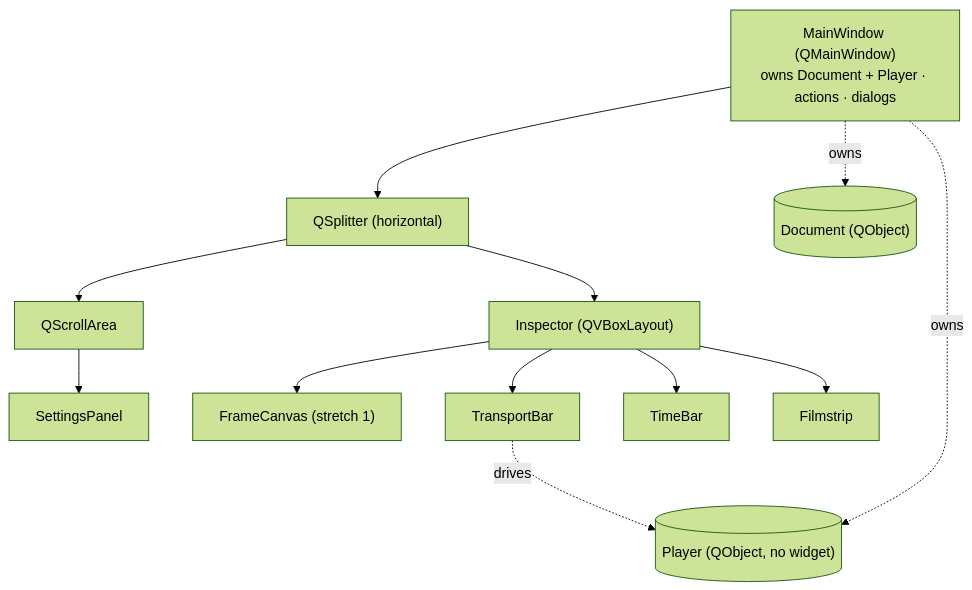
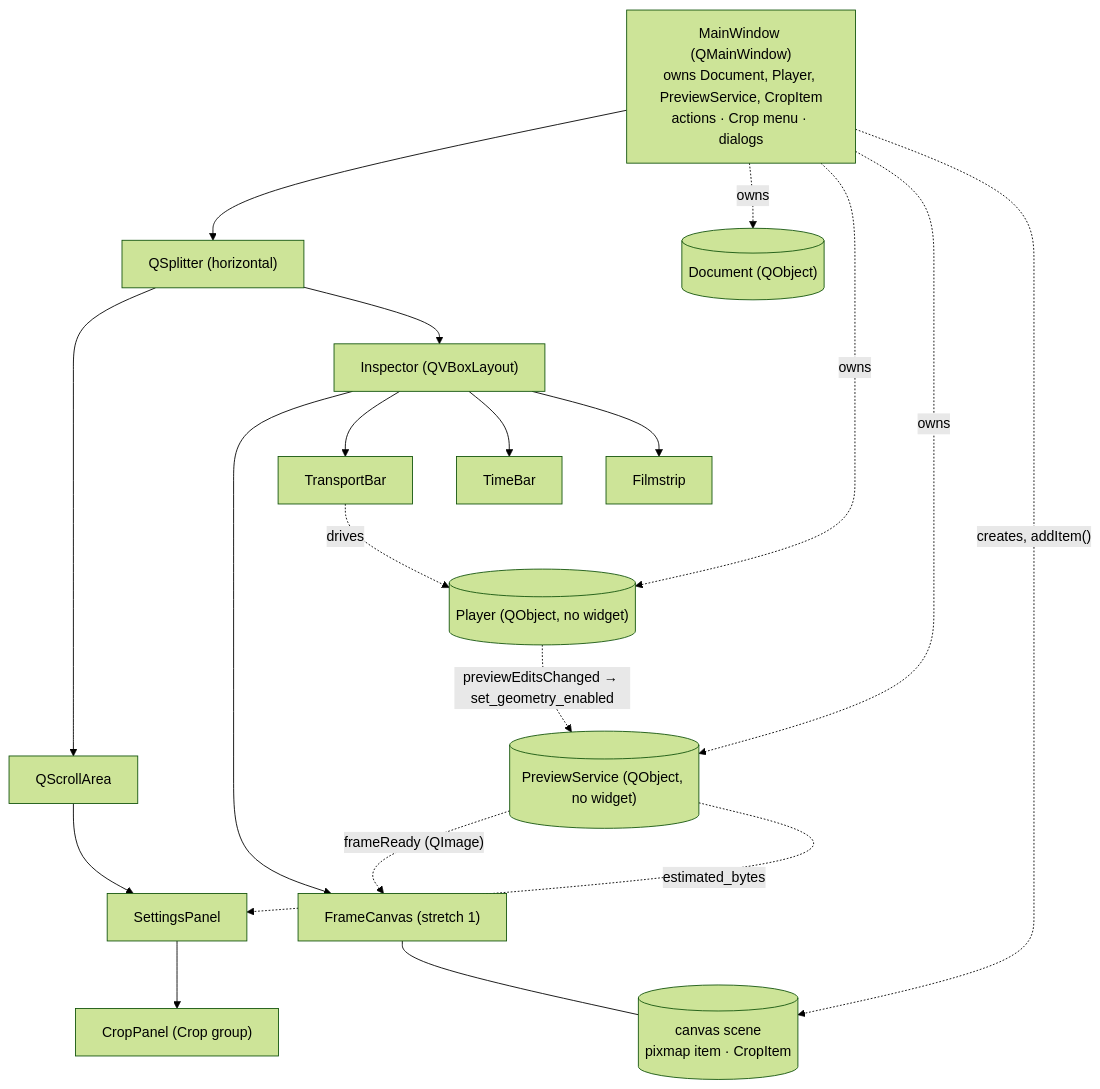
Before and after one commit to ErmanKan/EGPlease: the fourth of 5 diagrams in docs/03-architecture.md, drawn with Mermaid (forest theme). The commit also changed other lines of this file and 6 other files, not shown here.

Commit message:
docs: Milestone 3 architecture, dev log, README, AGENTS interfaces and RESUME-HERE

````diff
--- a/docs/03-architecture.md
+++ b/docs/03-architecture.md
@@ -240,21 +256,30 @@
 ```mermaid
 flowchart TB
-    MW["MainWindow (QMainWindow)<br/>owns Document + Player · actions · dialogs"]
+    MW["MainWindow (QMainWindow)<br/>owns Document, Player, PreviewService, CropItem<br/>actions · Crop menu · dialogs"]
     SP["QSplitter (horizontal)"]
     SA["QScrollArea"]
     SET["SettingsPanel"]
+    CP["CropPanel (Crop group)"]
     INS["Inspector (QVBoxLayout)"]
     CV["FrameCanvas (stretch 1)"]
+    SC[("canvas scene<br/>pixmap item · CropItem")]
     TR["TransportBar"]
     TB["TimeBar"]
     FS["Filmstrip"]
     DOC[("Document (QObject)")]
     PL[("Player (QObject, no widget)")]
+    PS[("PreviewService (QObject, no widget)")]
     MW --> SP
-    SP --> SA --> SET
+    SP --> SA --> SET --> CP
     SP --> INS
     INS --> CV & TR & TB & FS
+    CV --- SC
     MW -. owns .-> DOC
     MW -. owns .-> PL
+    MW -. owns .-> PS
+    MW -.->|"creates, addItem()"| SC
     TR -. drives .-> PL
+    PS -.->|"frameReady (QImage)"| CV
+    PS -.->|"estimated_bytes"| SET
+    PL -.->|"previewEditsChanged → set_geometry_enabled"| PS
 ```
````
